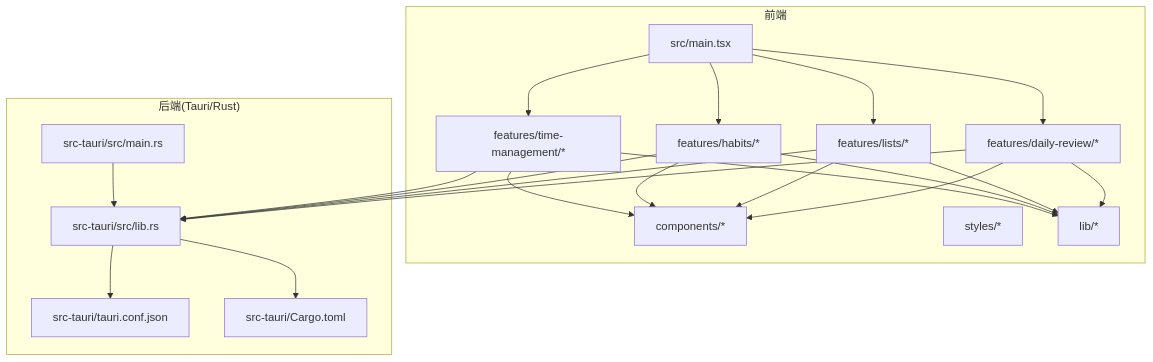
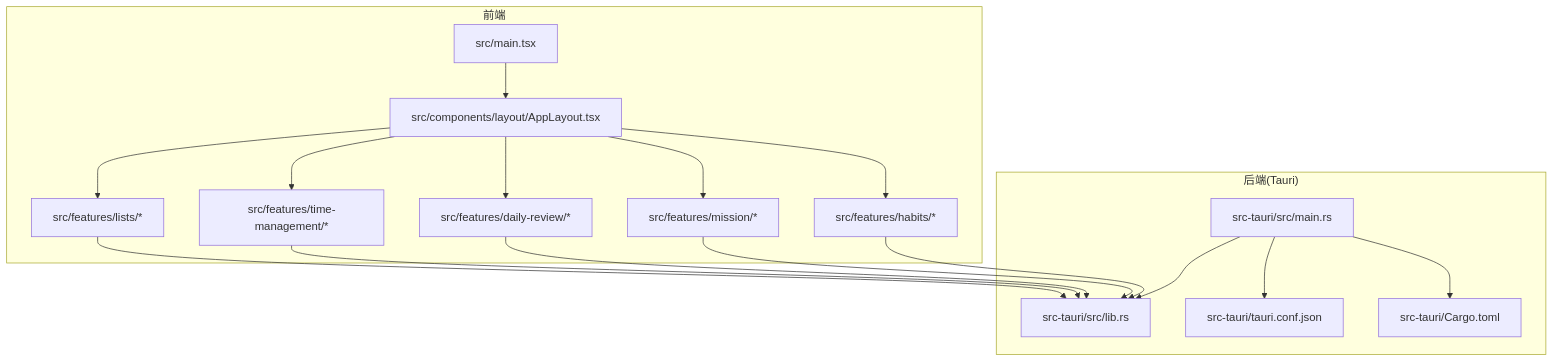
Before and after one commit to gzdxhujiale/FishWorker: the first of 6 diagrams in .qoder/repowiki/zh/content/项目概述/项目概述.md, drawn with Mermaid. The commit also changed other lines of this file and 238 other files, not shown here.

````diff
--- a/.qoder/repowiki/zh/content/项目概述/项目概述.md
+++ b/.qoder/repowiki/zh/content/项目概述/项目概述.md
@@ -61,38 +61,32 @@
 ```mermaid
 graph TB
 subgraph "前端"
 FE_Main["src/main.tsx"]
-FE_Time["features/time-management/*"]
-FE_Habits["features/habits/*"]
-FE_Lists["features/lists/*"]
-FE_Daily["features/daily-review/*"]
-FE_Components["components/*"]
-FE_Styles["styles/*"]
-FE_Lib["lib/*"]
+FE_Layout["src/components/layout/AppLayout.tsx"]
+FE_Lists["src/features/lists/*"]
+FE_Time["src/features/time-management/*"]
+FE_Daily["src/features/daily-review/*"]
+FE_Mission["src/features/mission/*"]
+FE_Habits["src/features/habits/*"]
 end
-subgraph "后端(Tauri/Rust)"
-RS_Main["src-tauri/src/main.rs"]
-RS_Lib["src-tauri/src/lib.rs"]
-RS_Config["src-tauri/tauri.conf.json"]
-RS_Cargo["src-tauri/Cargo.toml"]
+subgraph "后端(Tauri)"
+TA_Main["src-tauri/src/main.rs"]
+TA_Lib["src-tauri/src/lib.rs"]
+TA_Config["src-tauri/tauri.conf.json"]
+TA_Cargo["src-tauri/Cargo.toml"]
 end
-FE_Main --> FE_Time
-FE_Main --> FE_Habits
-FE_Main --> FE_Lists
-FE_Main --> FE_Daily
-FE_Time --> FE_Components
-FE_Habits --> FE_Components
-FE_Lists --> FE_Components
-FE_Daily --> FE_Components
-FE_Time --> FE_Lib
-FE_Habits --> FE_Lib
-FE_Lists --> FE_Lib
-FE_Daily --> FE_Lib
-FE_Time --> RS_Lib
-FE_Habits --> RS_Lib
-FE_Lists --> RS_Lib
-FE_Daily --> RS_Lib
-RS_Main --> RS_Lib
-RS_Lib --> RS_Config
-RS_Lib --> RS_Cargo
+FE_Main --> FE_Layout
+FE_Layout --> FE_Lists
+FE_Layout --> FE_Time
+FE_Layout --> FE_Daily
+FE_Layout --> FE_Mission
+FE_Layout --> FE_Habits
+FE_Lists --> TA_Lib
+FE_Time --> TA_Lib
+FE_Daily --> TA_Lib
+FE_Mission --> TA_Lib
+FE_Habits --> TA_Lib
+TA_Main --> TA_Lib
+TA_Main --> TA_Config
+TA_Main --> TA_Cargo
 ```
````
